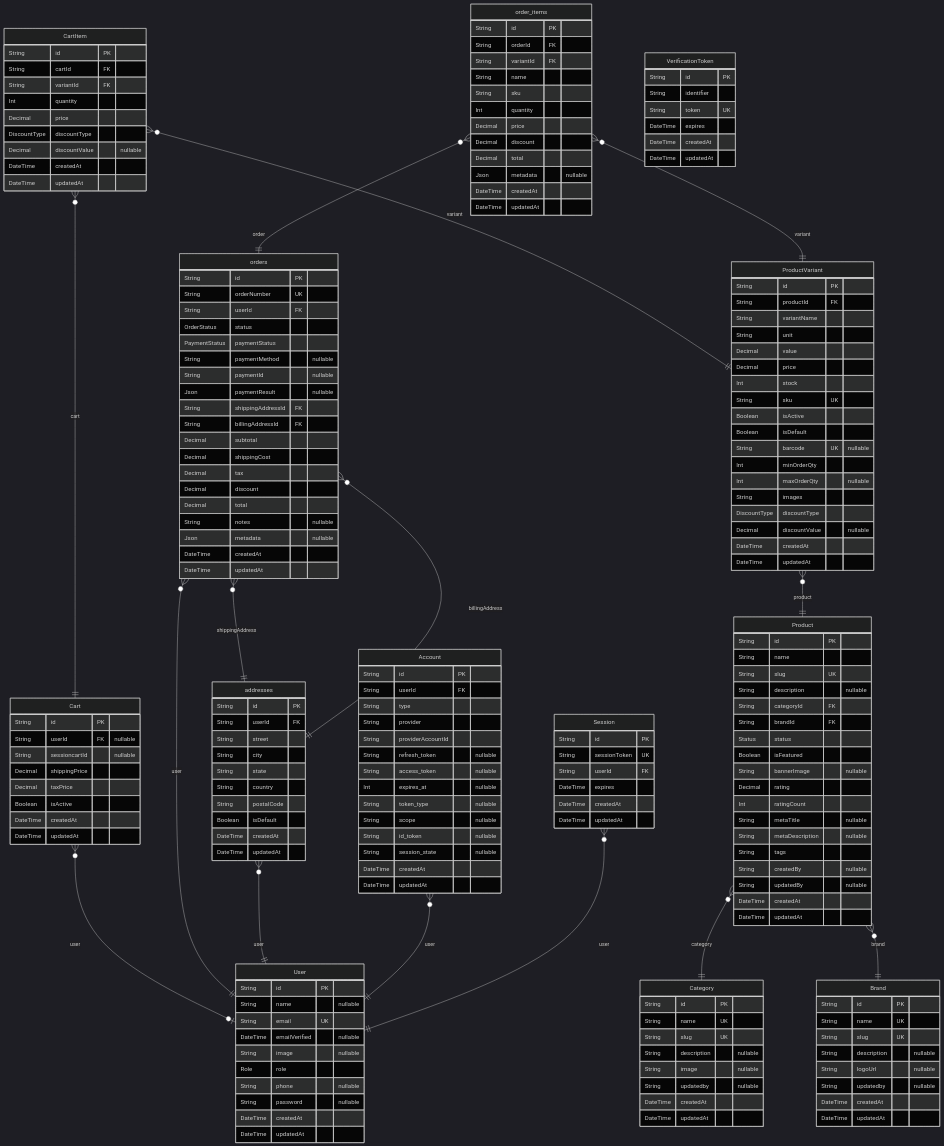
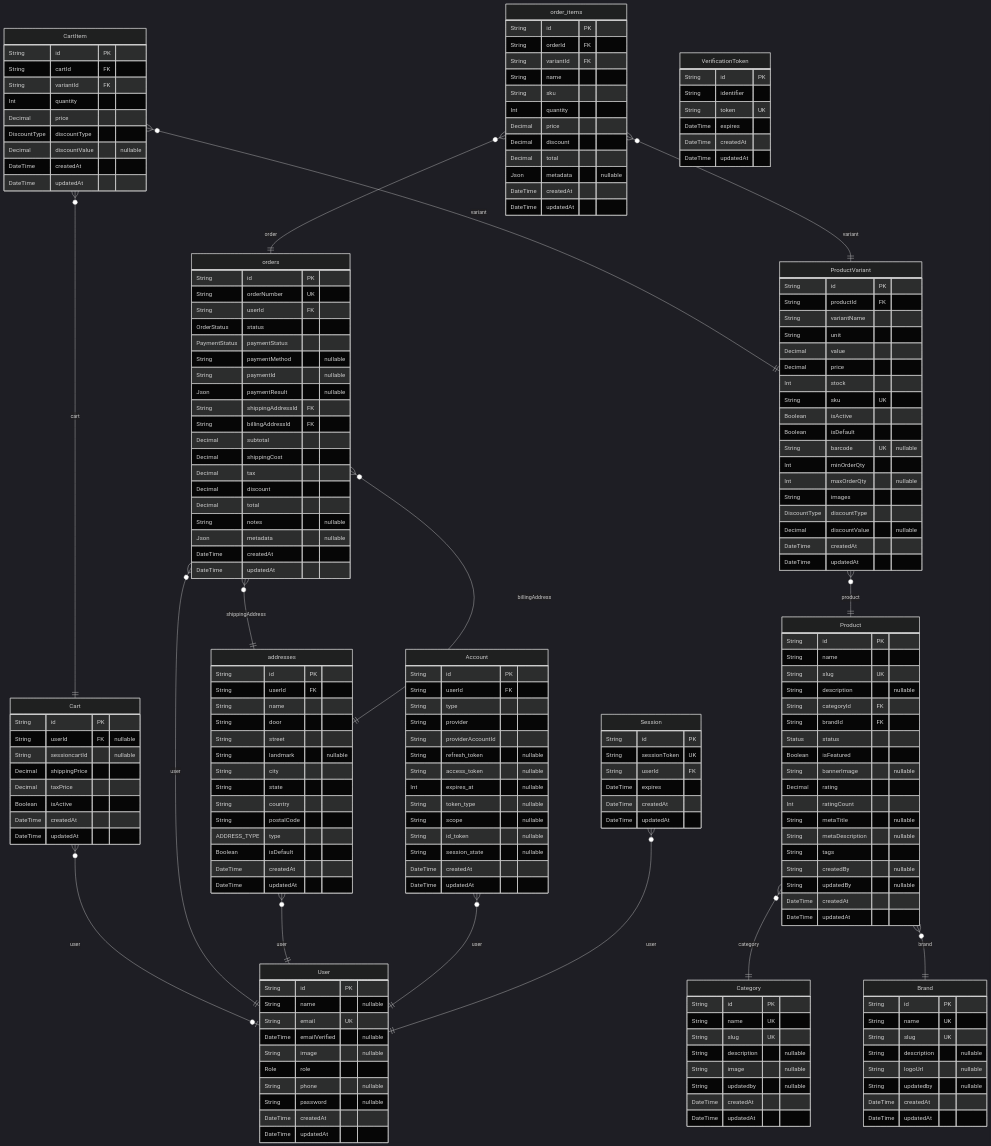
The diagram in prisma/ERD.md (jjaijg/ssb-store), drawn with Mermaid (dark theme) before and after one commit. The commit also changed other lines of this file and 19 other files, not shown here.

```diff
--- a/prisma/ERD.md
+++ b/prisma/ERD.md
@@ -125,11 +125,15 @@
 "addresses" {
   String id PK
   String userId FK
+  String name
+  String door
   String street
+  String landmark "nullable"
   String city
   String state
   String country
   String postalCode
+  ADDRESS_TYPE type
   Boolean isDefault
   DateTime createdAt
   DateTime updatedAt
```
